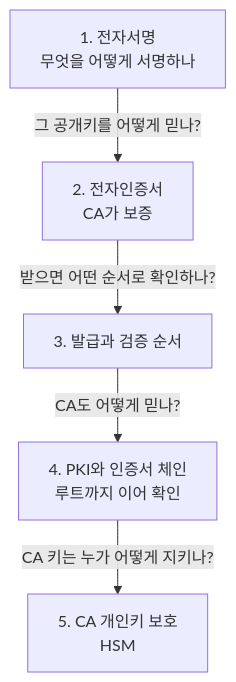
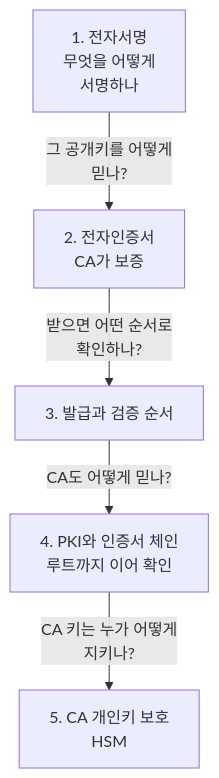
Before and after one commit to ChildrenAon/TIL: the third of 4 diagrams in 2026/November/11-03.md, drawn with Mermaid. The commit also changed other lines of this file and 5 other files, not shown here.

````diff
--- a/2026/November/11-03.md
+++ b/2026/November/11-03.md
@@ -419,7 +419,7 @@
 ```mermaid
 flowchart TD
-  A["1. 전자서명<br/>무엇을 어떻게 서명하나"] -->|"그 공개키를 어떻게 믿나?"| B["2. 전자인증서<br/>CA가 보증"]
-  B -->|"받으면 어떤 순서로 확인하나?"| C["3. 발급과 검증 순서"]
+  A["1. 전자서명<br/>무엇을 어떻게<br/>서명하나"] -->|"그 공개키를 어떻게<br/>믿나?"| B["2. 전자인증서<br/>CA가 보증"]
+  B -->|"받으면 어떤 순서로<br/>확인하나?"| C["3. 발급과 검증 순서"]
   C -->|"CA도 어떻게 믿나?"| D["4. PKI와 인증서 체인<br/>루트까지 이어 확인"]
-  D -->|"CA 키는 누가 어떻게 지키나?"| E["5. CA 개인키 보호<br/>HSM"]
+  D -->|"CA 키는 누가 어떻게<br/>지키나?"| E["5. CA 개인키 보호<br/>HSM"]
 ```
````
